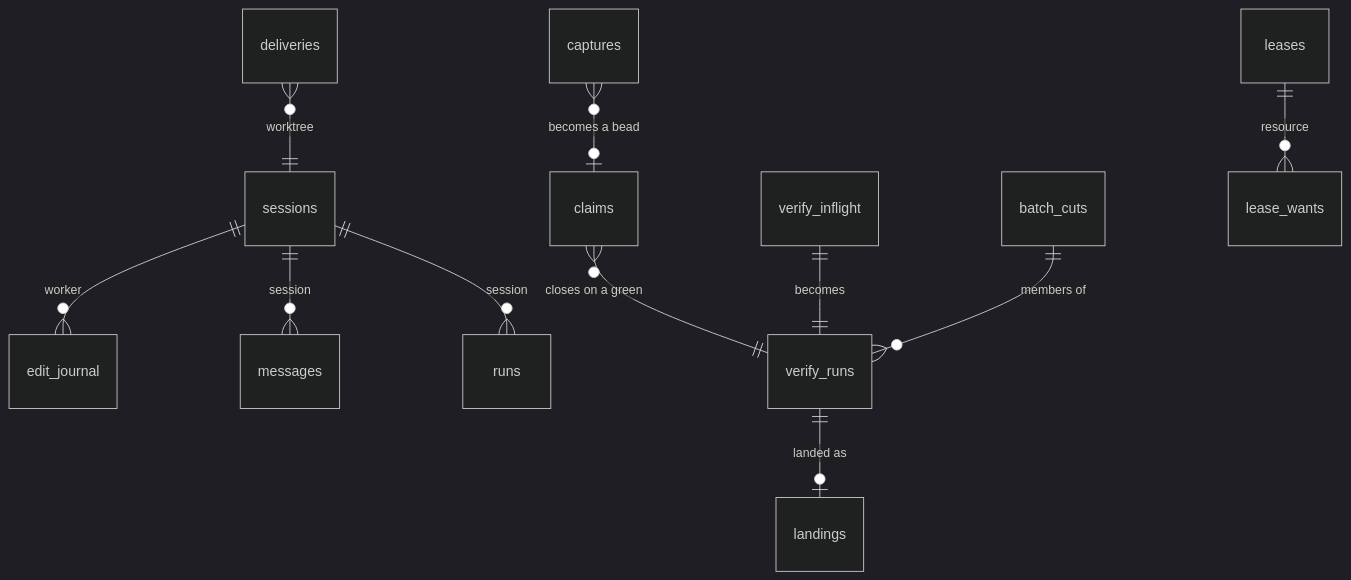
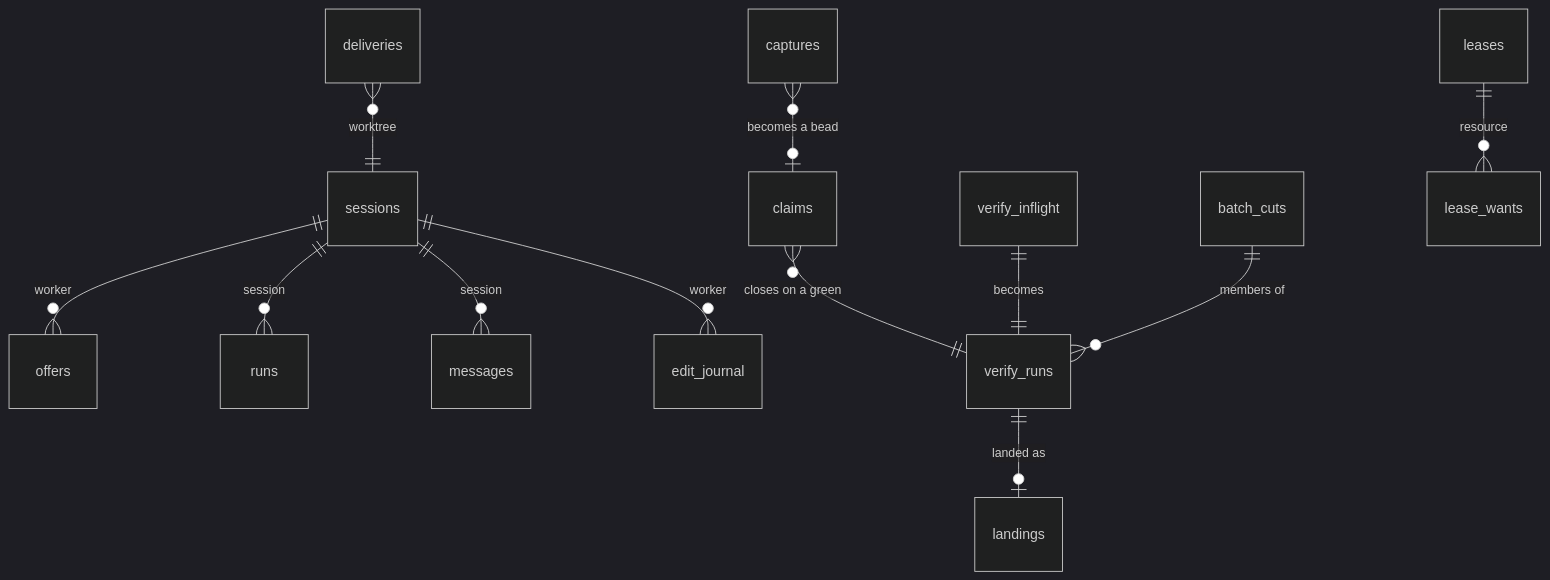
Before and after one commit to AJTJ/airunner: the second of 8 diagrams in docs/design.md, drawn with Mermaid (dark theme). The commit also changed other lines of this file and 11 other files, not shown here.

````diff
--- a/docs/design.md
+++ b/docs/design.md
@@ -224,13 +228,14 @@
 ```mermaid
 erDiagram
   sessions ||--o{ edit_journal : "worker"
   sessions ||--o{ messages : "session"
   claims }o--|| verify_runs : "closes on a green"
   verify_runs ||--o| landings : "landed as"
   verify_inflight ||--|| verify_runs : "becomes"
   batch_cuts ||--o{ verify_runs : "members of"
   captures }o--o| claims : "becomes a bead"
   leases ||--o{ lease_wants : "resource"
   deliveries }o--|| sessions : "worktree"
   sessions ||--o{ runs : "session"
+  sessions ||--o{ offers : "worker"
 ```
````
